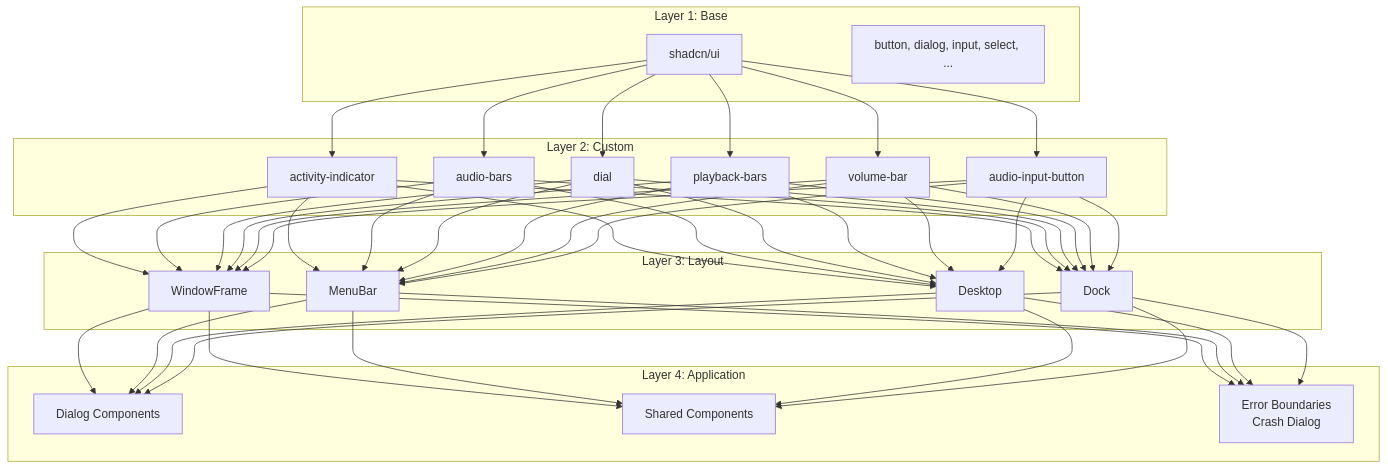
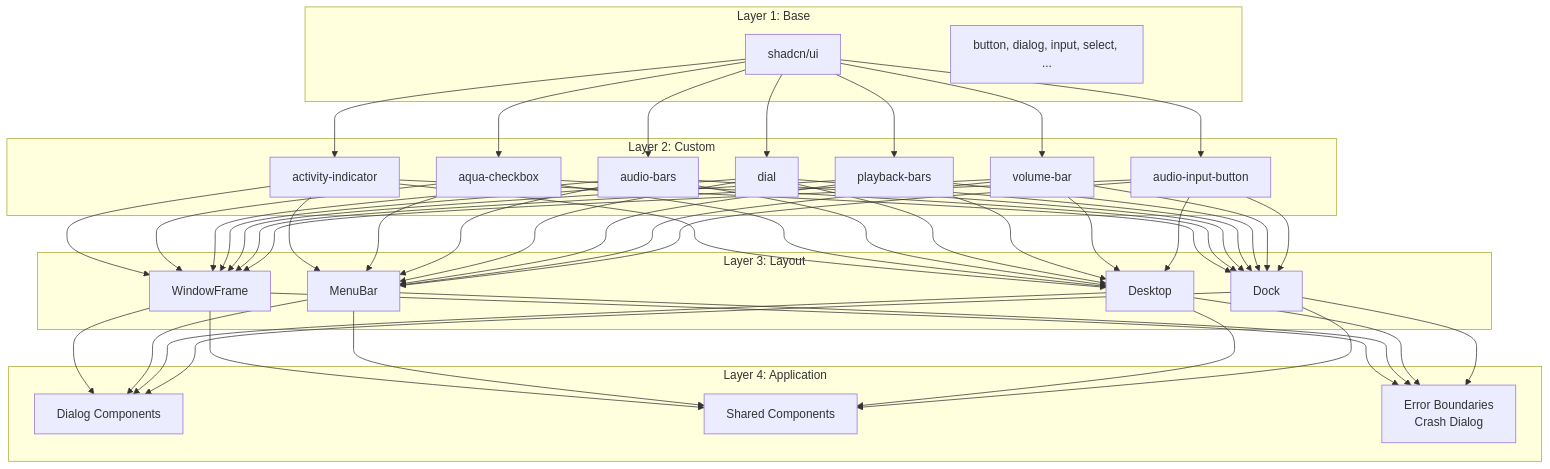
One commit to ryokun6/ryos changed the second of 2 diagrams in docs/7-ui-components.md. Above: the diagram before and after it, drawn with Mermaid. The commit also changed other lines of this file and 19 other files, not shown here.

````diff
--- a/docs/7-ui-components.md
+++ b/docs/7-ui-components.md
@@ -57,33 +57,34 @@
 ```mermaid
 graph TD
     subgraph Layer 4: Application
         D1[Dialog Components]
         D2[Shared Components]
         D3[Error Boundaries<br/>Crash Dialog]
     end
     
     subgraph Layer 3: Layout
         C1[WindowFrame]
         C2[MenuBar]
         C3[Desktop]
         C4[Dock]
     end
     
     subgraph Layer 2: Custom
         B1[activity-indicator]
-        B2[audio-bars]
-        B3[dial]
-        B4[playback-bars]
-        B5[volume-bar]
-        B6[audio-input-button]
+        B2[aqua-checkbox]
+        B3[audio-bars]
+        B4[dial]
+        B5[playback-bars]
+        B6[volume-bar]
+        B7[audio-input-button]
     end
     
     subgraph Layer 1: Base
         A1[shadcn/ui]
         A2[button, dialog, input, select, ...]
     end
     
-    A1 --> B1 & B2 & B3 & B4 & B5 & B6
-    B1 & B2 & B3 & B4 & B5 & B6 --> C1 & C2 & C3 & C4
+    A1 --> B1 & B2 & B3 & B4 & B5 & B6 & B7
+    B1 & B2 & B3 & B4 & B5 & B6 & B7 --> C1 & C2 & C3 & C4
     C1 & C2 & C3 & C4 --> D1 & D2 & D3
 ```
````
